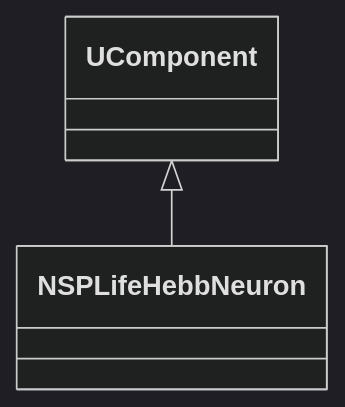
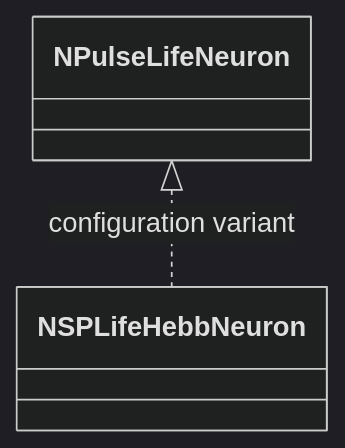
The second of 6 diagrams in Docs/Components/NSPLifeHebbNeuron.md (aicommunity/Nmsdk-PulseLib), drawn with Mermaid (dark theme) before and after one commit. The commit also changed other lines of this file and 196 other files, not shown here.

````diff
--- a/Docs/Components/NSPLifeHebbNeuron.md
+++ b/Docs/Components/NSPLifeHebbNeuron.md
@@ -69,4 +81,4 @@
 ```mermaid
 classDiagram
-    UComponent <|-- NSPLifeHebbNeuron
+    NPulseLifeNeuron <|.. NSPLifeHebbNeuron : configuration variant
 ```
````
